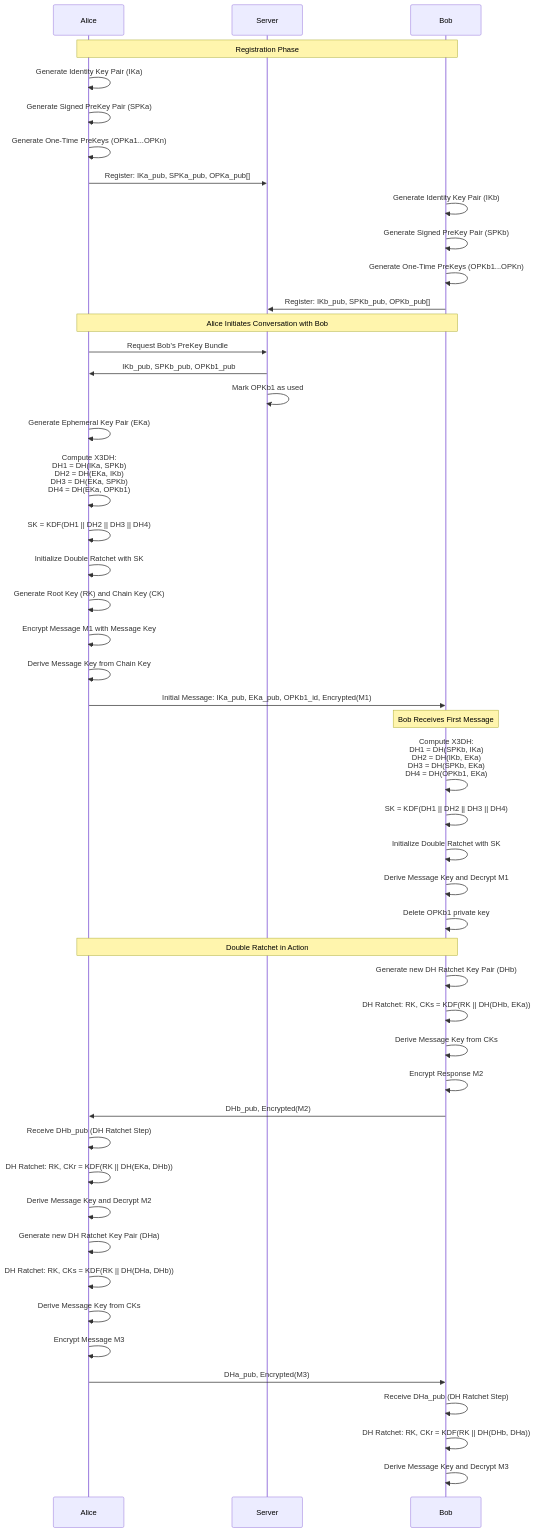
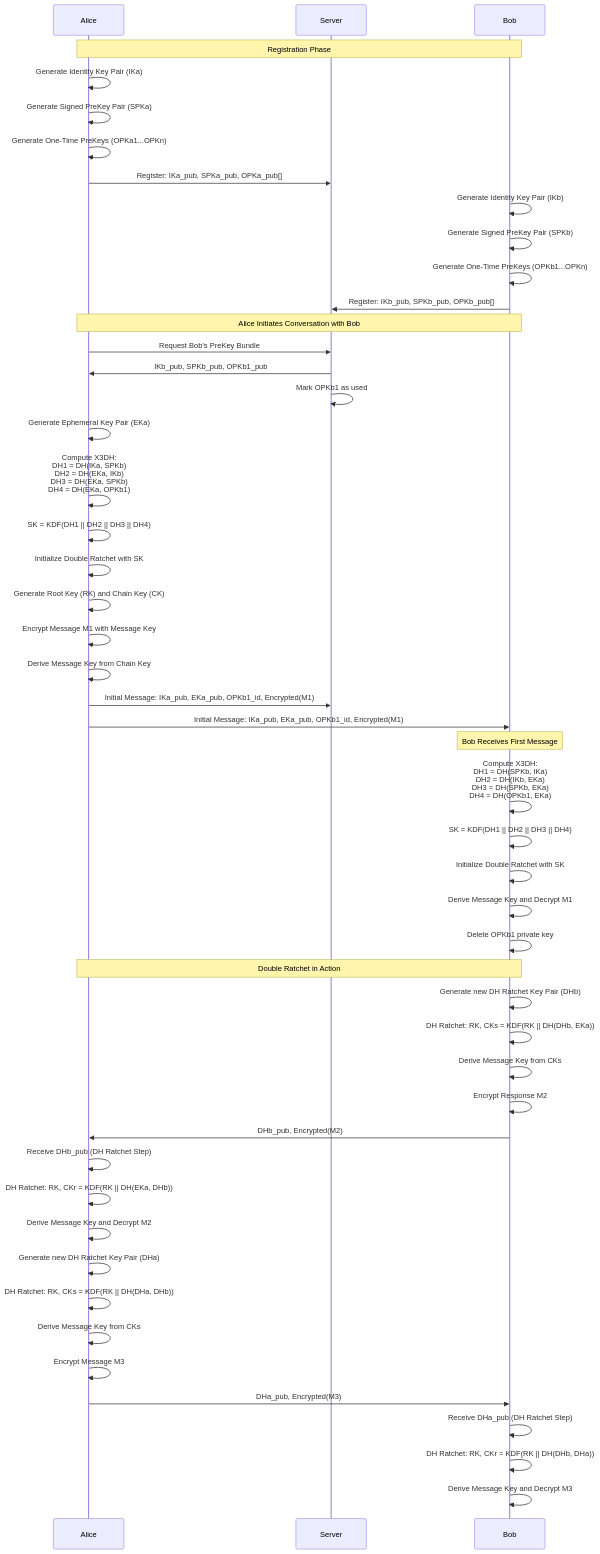
The fifth of 5 diagrams in README.md (eko-network/eko-messenger), drawn with Mermaid before and after one commit. The commit also changed other lines of this file, not shown here.

````diff
--- a/README.md
+++ b/README.md
@@ -40,63 +139,64 @@
 ```mermaid
 sequenceDiagram
     participant Alice
     participant Server
     participant Bob
     
     Note over Alice,Bob: Registration Phase
     
     Alice->>Alice: Generate Identity Key Pair (IKa)
     Alice->>Alice: Generate Signed PreKey Pair (SPKa)
     Alice->>Alice: Generate One-Time PreKeys (OPKa1...OPKn)
     Alice->>Server: Register: IKa_pub, SPKa_pub, OPKa_pub[]
     
     Bob->>Bob: Generate Identity Key Pair (IKb)
     Bob->>Bob: Generate Signed PreKey Pair (SPKb)
     Bob->>Bob: Generate One-Time PreKeys (OPKb1...OPKn)
     Bob->>Server: Register: IKb_pub, SPKb_pub, OPKb_pub[]
     
     Note over Alice,Bob: Alice Initiates Conversation with Bob
     
     Alice->>Server: Request Bob's PreKey Bundle
     Server->>Alice: IKb_pub, SPKb_pub, OPKb1_pub
     Server->>Server: Mark OPKb1 as used
     
     Alice->>Alice: Generate Ephemeral Key Pair (EKa)
     Alice->>Alice: Compute X3DH:<br/>DH1 = DH(IKa, SPKb)<br/>DH2 = DH(EKa, IKb)<br/>DH3 = DH(EKa, SPKb)<br/>DH4 = DH(EKa, OPKb1)
     Alice->>Alice: SK = KDF(DH1 || DH2 || DH3 || DH4)
     Alice->>Alice: Initialize Double Ratchet with SK
     Alice->>Alice: Generate Root Key (RK) and Chain Key (CK)
     
     Alice->>Alice: Encrypt Message M1 with Message Key
     Alice->>Alice: Derive Message Key from Chain Key
+    Alice->>Server: Initial Message: IKa_pub, EKa_pub, OPKb1_id, Encrypted(M1)
     Alice->>Bob: Initial Message: IKa_pub, EKa_pub, OPKb1_id, Encrypted(M1)
     
     Note over Bob: Bob Receives First Message
     
     Bob->>Bob: Compute X3DH:<br/>DH1 = DH(SPKb, IKa)<br/>DH2 = DH(IKb, EKa)<br/>DH3 = DH(SPKb, EKa)<br/>DH4 = DH(OPKb1, EKa)
     Bob->>Bob: SK = KDF(DH1 || DH2 || DH3 || DH4)
     Bob->>Bob: Initialize Double Ratchet with SK
     Bob->>Bob: Derive Message Key and Decrypt M1
     Bob->>Bob: Delete OPKb1 private key
     
     Note over Alice,Bob: Double Ratchet in Action
     
     Bob->>Bob: Generate new DH Ratchet Key Pair (DHb)
     Bob->>Bob: DH Ratchet: RK, CKs = KDF(RK || DH(DHb, EKa))
     Bob->>Bob: Derive Message Key from CKs
     Bob->>Bob: Encrypt Response M2
     Bob->>Alice: DHb_pub, Encrypted(M2)
     
     Alice->>Alice: Receive DHb_pub (DH Ratchet Step)
     Alice->>Alice: DH Ratchet: RK, CKr = KDF(RK || DH(EKa, DHb))
     Alice->>Alice: Derive Message Key and Decrypt M2
     Alice->>Alice: Generate new DH Ratchet Key Pair (DHa)
     Alice->>Alice: DH Ratchet: RK, CKs = KDF(RK || DH(DHa, DHb))
     Alice->>Alice: Derive Message Key from CKs
     Alice->>Alice: Encrypt Message M3
     Alice->>Bob: DHa_pub, Encrypted(M3)
     
     Bob->>Bob: Receive DHa_pub (DH Ratchet Step)
     Bob->>Bob: DH Ratchet: RK, CKr = KDF(RK || DH(DHb, DHa))
     Bob->>Bob: Derive Message Key and Decrypt M3
 ```
````
